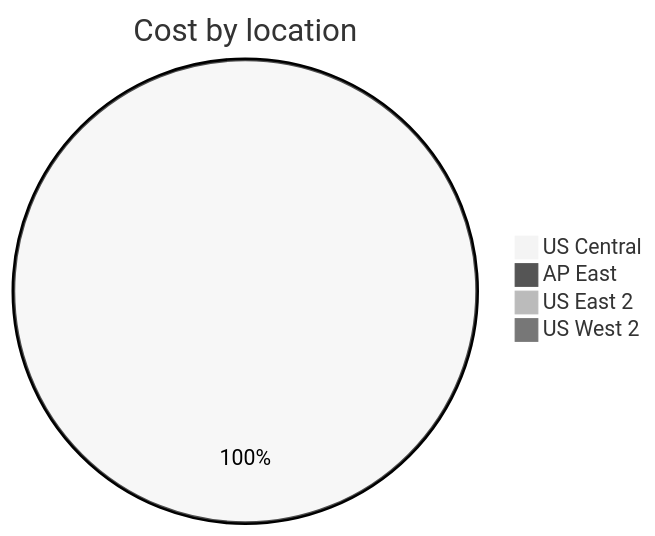
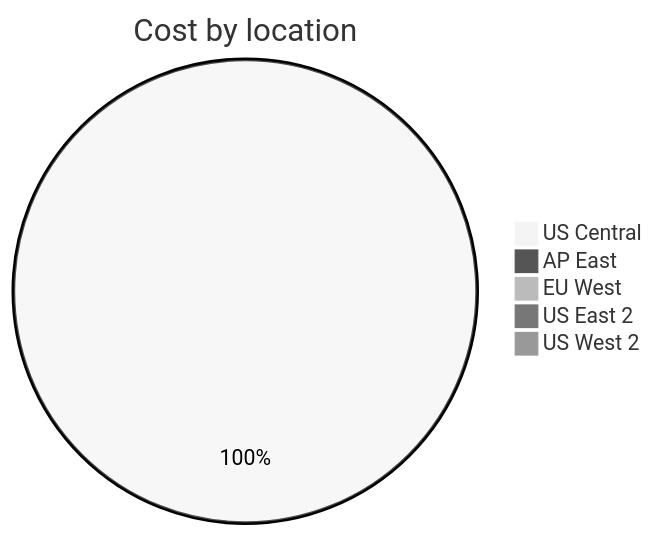
Before and after one commit to jpfulton/azure-personal-reports: the third of 4 diagrams in cost-reports/personal-site/personal-site.md, drawn with Mermaid (neutral theme). The commit also changed other lines of this file and 6 other files, not shown here.

````diff
--- a/cost-reports/personal-site/personal-site.md
+++ b/cost-reports/personal-site/personal-site.md
@@ -110,8 +111,9 @@
 ```mermaid
 pie
    title Cost by location
-   "US Central" : 0.23
+   "US Central" : 0.53
    "AP East" : 0.00
+   "EU West" : 0.00
    "US East 2" : 0.00
    "US West 2" : 0.00
 ```
````
